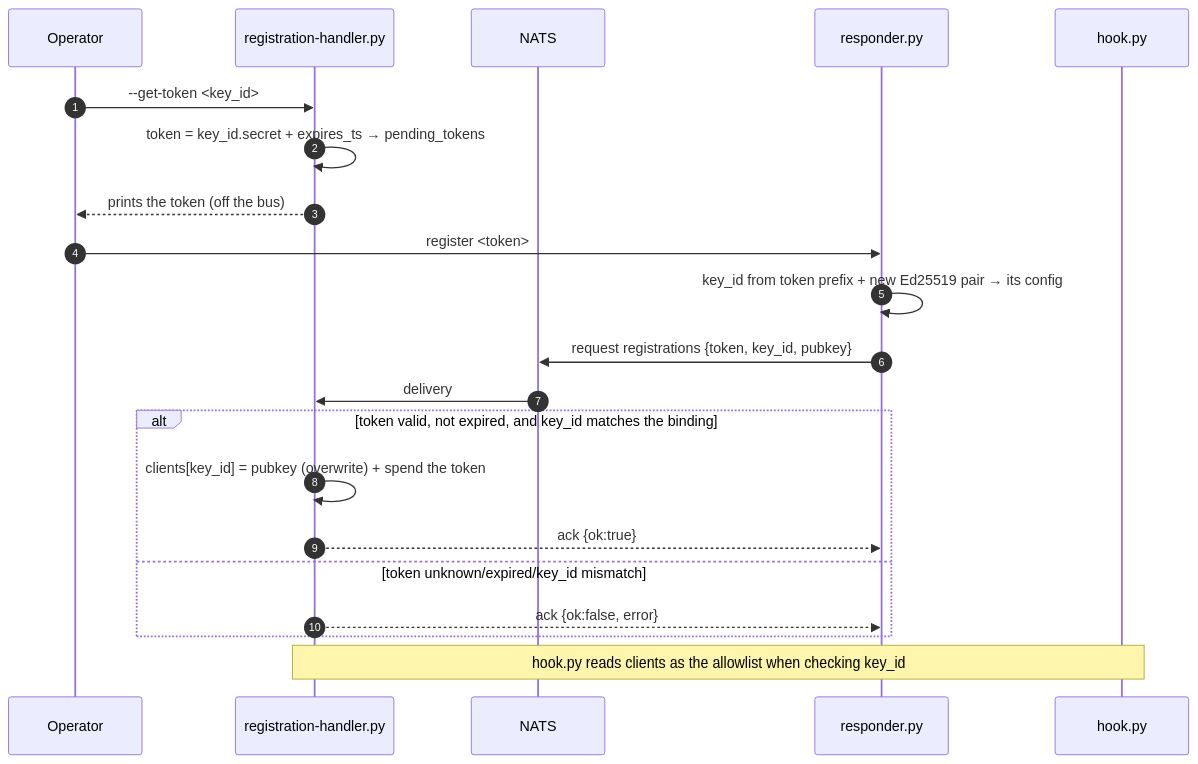
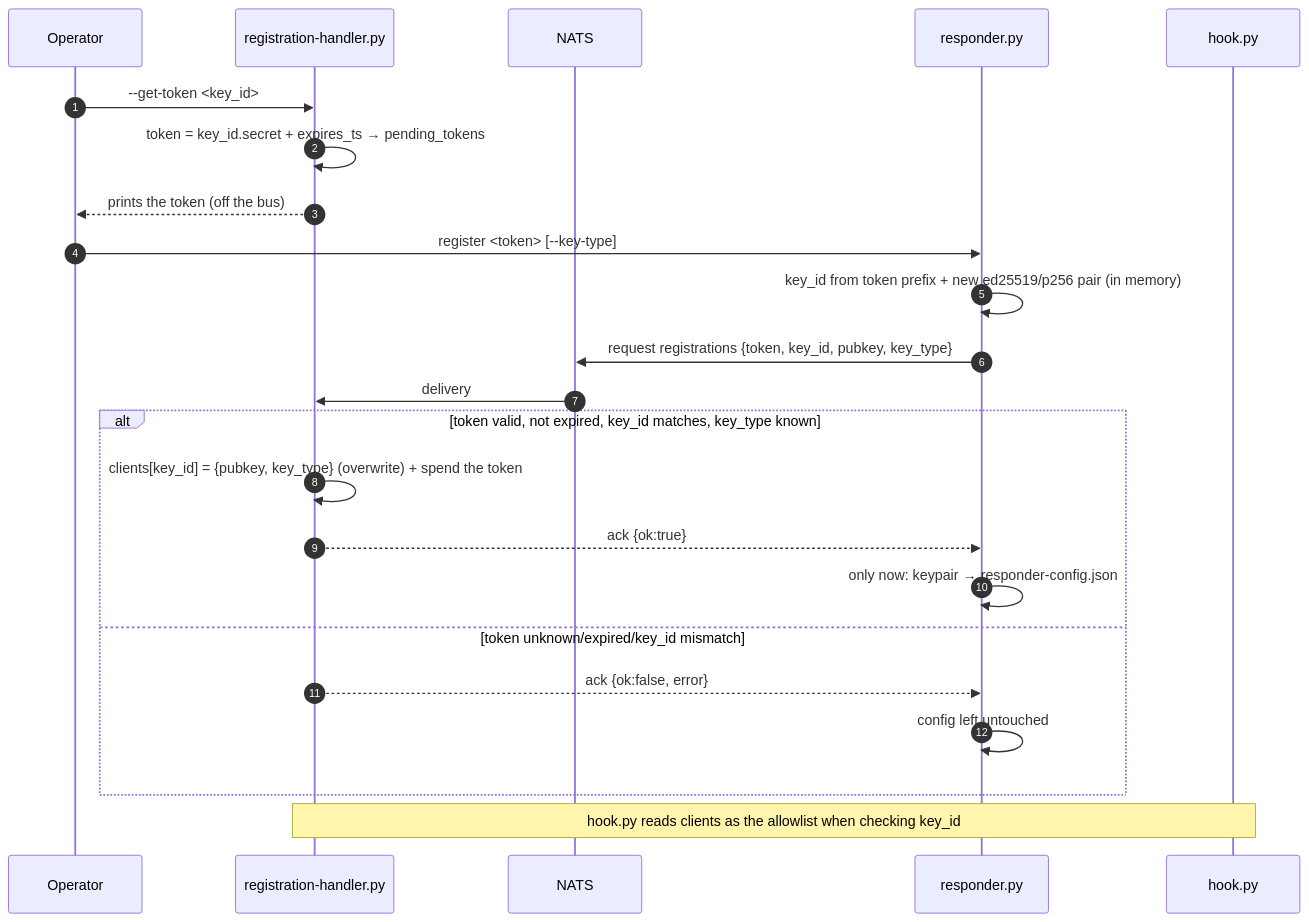
Before and after one commit to merlokk/ai-remote: the first of 2 diagrams in CLAUDE.md, drawn with Mermaid. The commit also changed other lines of this file and 11 other files, not shown here.

````diff
--- a/CLAUDE.md
+++ b/CLAUDE.md
@@ -123,24 +129,26 @@
 ```mermaid
 sequenceDiagram
     autonumber
     participant O as Operator
     participant RH as registration-handler.py
     participant N as NATS
     participant R as responder.py
     participant HK as hook.py
 
     O->>RH: --get-token <key_id>
     RH->>RH: token = key_id.secret + expires_ts → pending_tokens
     RH-->>O: prints the token (off the bus)
-    O->>R: register <token>
-    R->>R: key_id from token prefix + new Ed25519 pair → its config
-    R->>N: request registrations {token, key_id, pubkey}
+    O->>R: register <token> [--key-type]
+    R->>R: key_id from token prefix + new ed25519/p256 pair (in memory)
+    R->>N: request registrations {token, key_id, pubkey, key_type}
     N->>RH: delivery
-    alt token valid, not expired, and key_id matches the binding
-        RH->>RH: clients[key_id] = pubkey (overwrite) + spend the token
+    alt token valid, not expired, key_id matches, key_type known
+        RH->>RH: clients[key_id] = {pubkey, key_type} (overwrite) + spend the token
         RH-->>R: ack {ok:true}
+        R->>R: only now: keypair → responder-config.json
     else token unknown/expired/key_id mismatch
         RH-->>R: ack {ok:false, error}
+        R->>R: config left untouched
     end
     Note over RH,HK: hook.py reads clients as the allowlist when checking key_id
 ```
````
